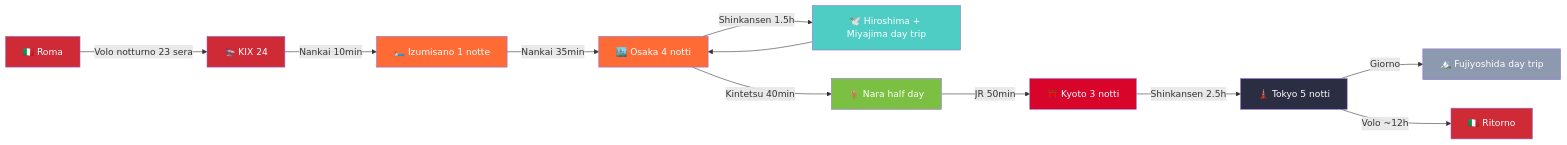
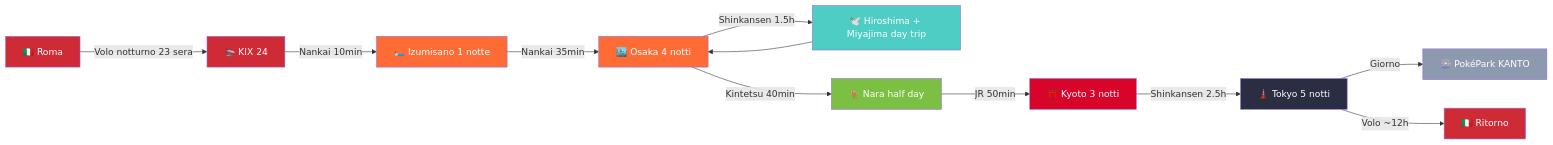
The first of 3 diagrams in Itinerari/Japan/2026/Itinerario-Giappone-23ott-6nov2026.md (LorenzoPolito/Travel-Vault), drawn with Mermaid before and after one commit. The commit also changed other lines of this file and 20 other files, not shown here.

Commit message:
Giappone 2026: PokéPark+TeamLab al 4 nov e ultimo giorno libero (Fuji rimosso); fix link rotti e immagini su pagine linkate

````diff
--- a/Itinerari/Japan/2026/Itinerario-Giappone-23ott-6nov2026.md
+++ b/Itinerari/Japan/2026/Itinerario-Giappone-23ott-6nov2026.md
@@ -57,24 +57,24 @@
 ```mermaid
 flowchart LR
     A[🇮🇹 Roma] -->|Volo notturno 23 sera| B[🛬 KIX 24]
     B -->|Nankai 10min| B2[🛏️ Izumisano 1 notte]
     B2 -->|Nankai 35min| C[🏙️ Osaka 4 notti]
     C -->|Shinkansen 1.5h| D[🕊️ Hiroshima + Miyajima day trip]
     D --> C
     C -->|Kintetsu 40min| E[🦌 Nara half day]
     E -->|JR 50min| F[⛩️ Kyoto 3 notti]
     F -->|Shinkansen 2.5h| G[🗼 Tokyo 5 notti]
-    G -->|Giorno| H[🏔️ Fujiyoshida day trip]
+    G -->|Giorno| H[🎡 PokéPark KANTO]
     G -->|Volo ~12h| I[🇮🇹 Ritorno]
 
     style A fill:#ce2b37,color:#fff
     style B fill:#ce2b37,color:#fff
     style B2 fill:#ff6b35,color:#fff
     style C fill:#ff6b35,color:#fff
     style D fill:#4ecdc4,color:#fff
     style E fill:#7bc043,color:#fff
     style F fill:#d90429,color:#fff
     style G fill:#2b2d42,color:#fff
     style H fill:#8d99ae,color:#fff
     style I fill:#ce2b37,color:#fff
 ```
````
